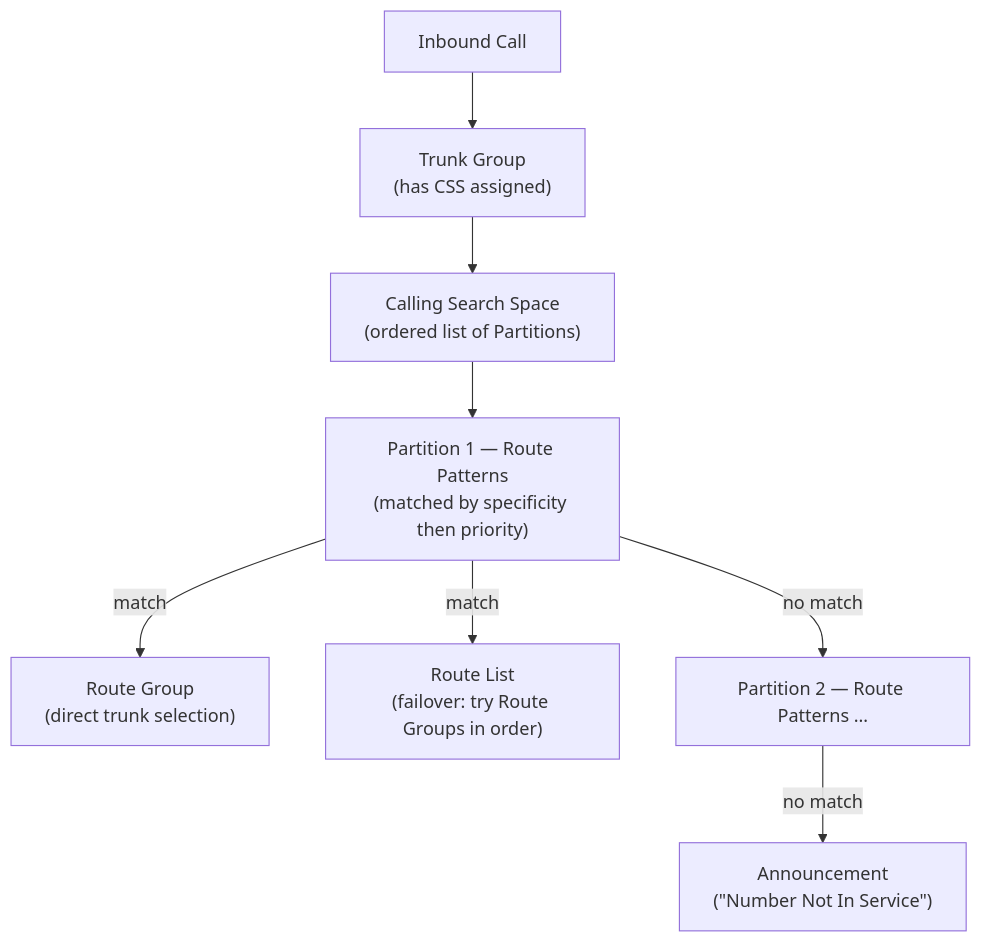
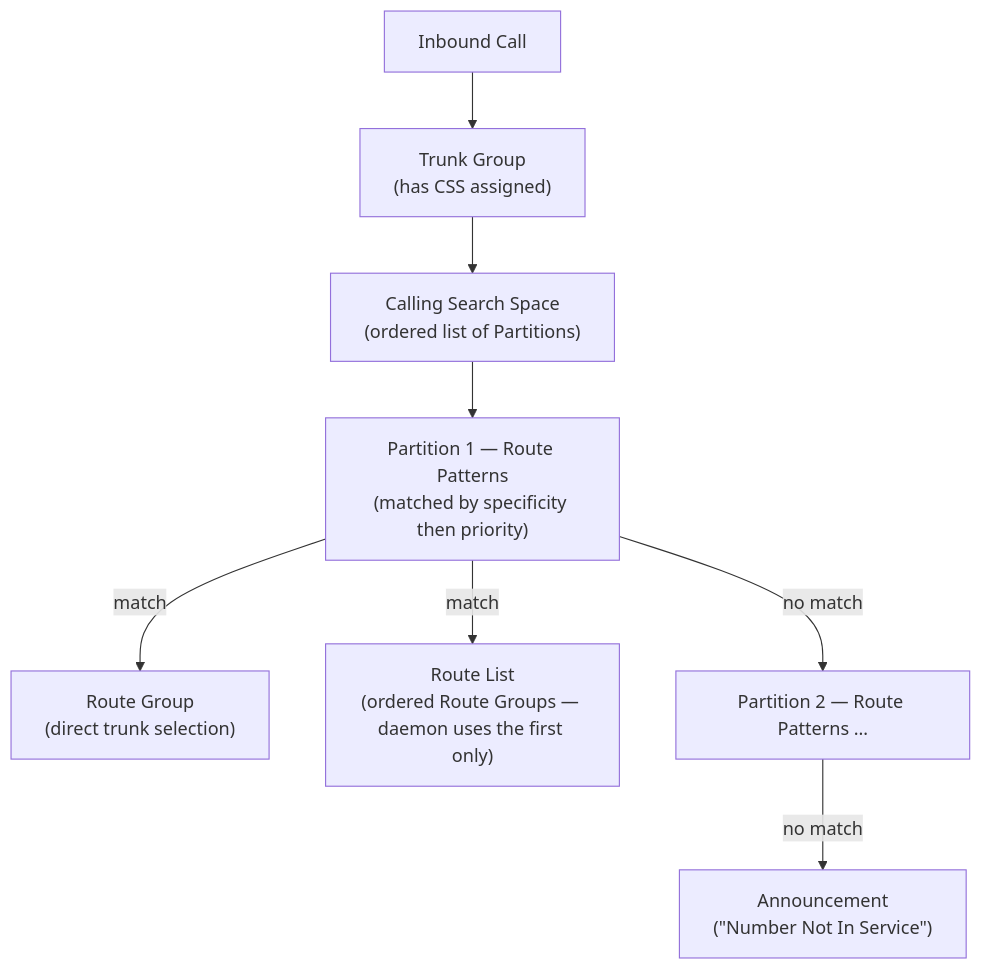
One commit to 192d-Wing/usg-uc changed the diagram in docs/route-patterns.md. Above: the diagram before and after it, drawn with Mermaid. The commit also changed other lines of this file and 8 other files, not shown here.

````diff
--- a/docs/route-patterns.md
+++ b/docs/route-patterns.md
@@ -62,10 +73,10 @@
 ``` mermaid
 flowchart TD
     call["Inbound Call"] --> tg["Trunk Group<br>(has CSS assigned)"]
     tg --> css["Calling Search Space<br>(ordered list of Partitions)"]
     css --> p1["Partition 1 — Route Patterns<br>(matched by specificity then priority)"]
     p1 -->|match| rg["Route Group<br>(direct trunk selection)"]
-    p1 -->|match| rl["Route List<br>(failover: try Route Groups in order)"]
+    p1 -->|match| rl["Route List<br>(ordered Route Groups — daemon uses the first only)"]
     p1 -->|no match| p2["Partition 2 — Route Patterns …"]
     p2 -->|no match| ann["Announcement<br>(&quot;Number Not In Service&quot;)"]
 ```
````
